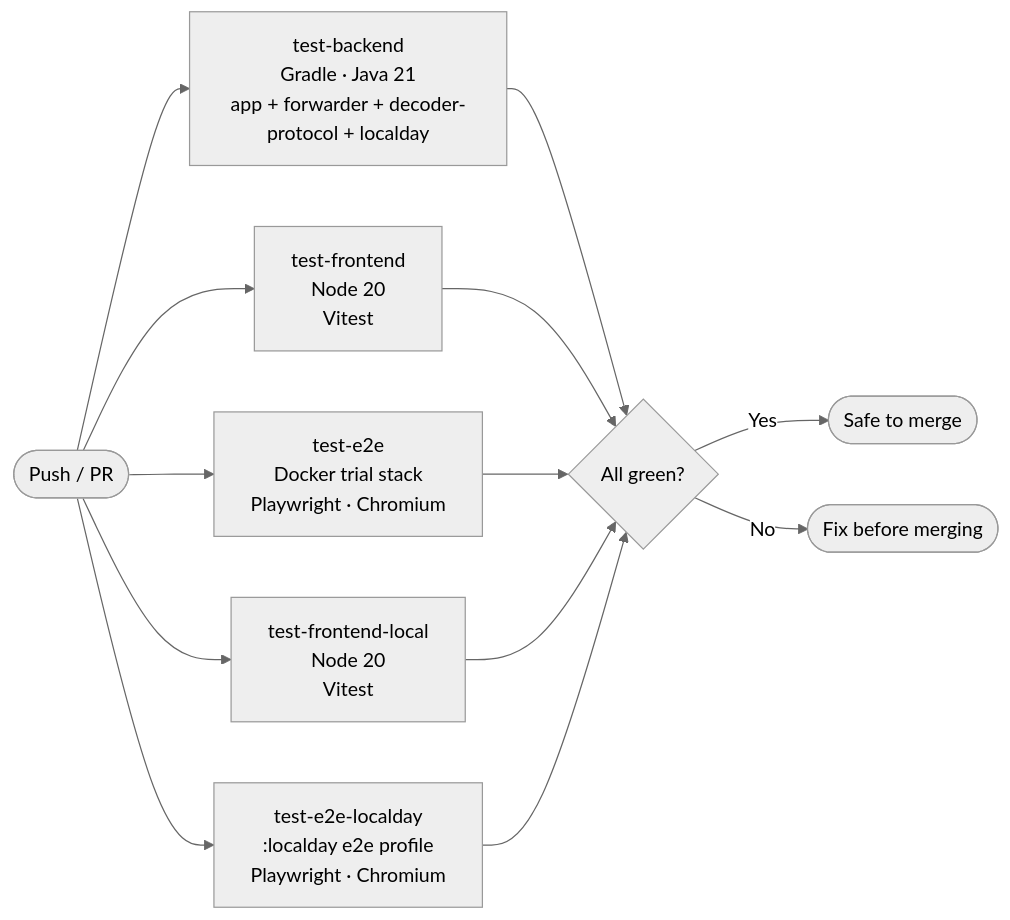
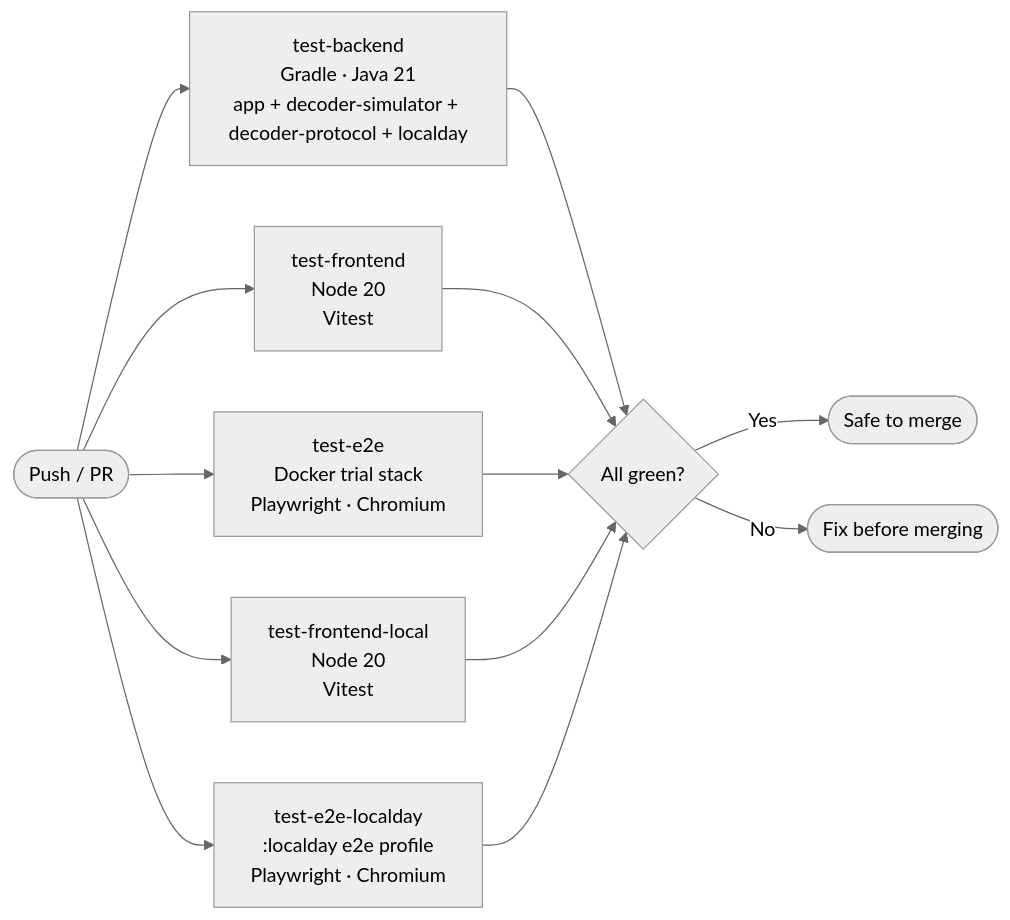
Before and after one commit to oggthemiffed/RCTimingControl: the third of 3 diagrams in CONTRIBUTING.md, drawn with Mermaid (neutral theme). The commit also changed other lines of this file and 137 other files, not shown here.

````diff
--- a/CONTRIBUTING.md
+++ b/CONTRIBUTING.md
@@ -89,17 +89,17 @@
 ```mermaid
 flowchart LR
-    Push([Push / PR]) --> B[test-backend\nGradle · Java 21\napp + forwarder + decoder-protocol + localday]
+    Push([Push / PR]) --> B[test-backend\nGradle · Java 21\napp + decoder-simulator + decoder-protocol + localday]
     Push --> C[test-frontend\nNode 20\nVitest]
     Push --> D[test-e2e\nDocker trial stack\nPlaywright · Chromium]
     Push --> F2[test-frontend-local\nNode 20\nVitest]
     Push --> D2[test-e2e-localday\n:localday e2e profile\nPlaywright · Chromium]
 
     B --> E{All green?}
     C --> E
     D --> E
     F2 --> E
     D2 --> E
 
     E -- Yes --> F([Safe to merge])
     E -- No --> G([Fix before merging])
 ```
````
